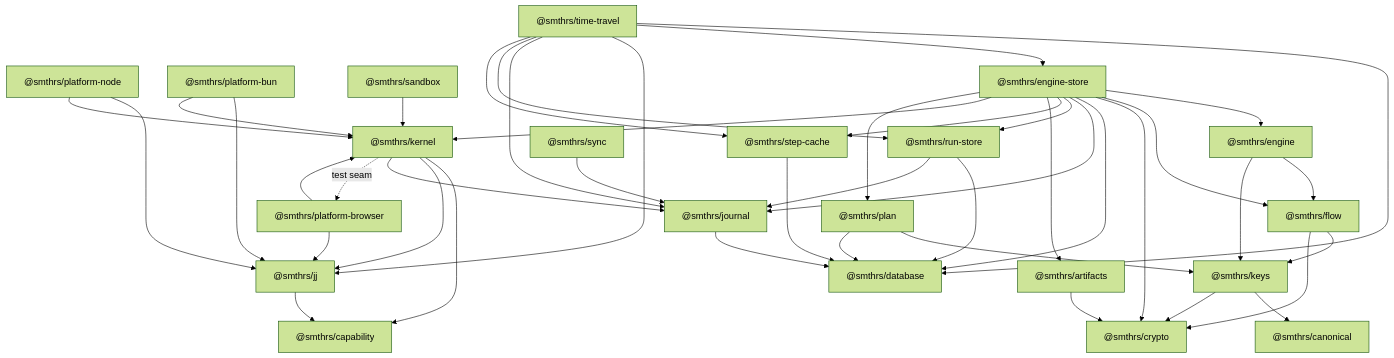
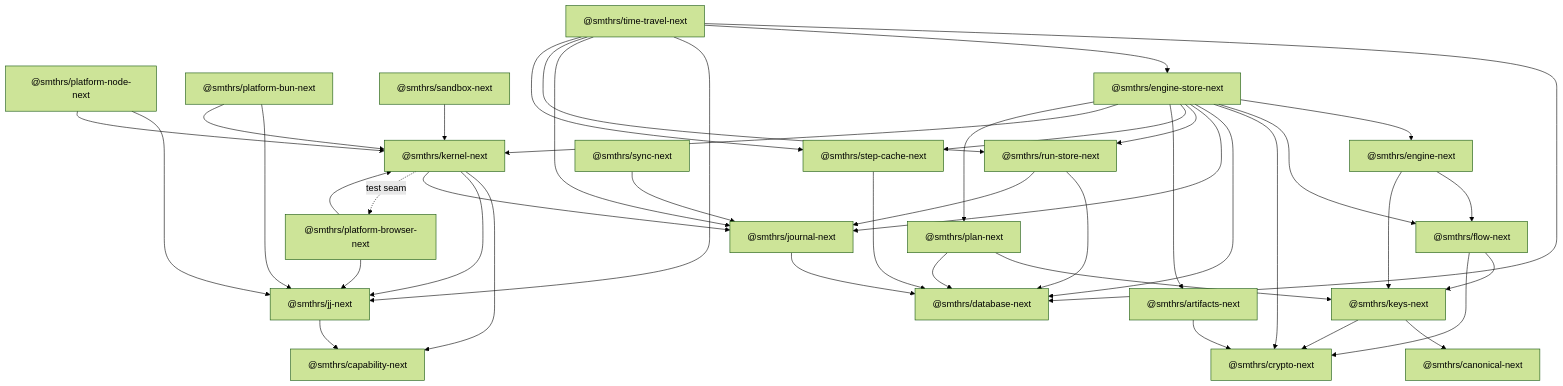
The diagram in docs/architecture/package-map.md (smithersai/flows), drawn with Mermaid (forest theme) before and after one commit. The commit also changed other lines of this file and 519 other files, not shown here.

First line of the commit message:
🚚 refactor(packages): rename @smthrs/* to temporary @smthrs/*-next

````diff
--- a/docs/architecture/package-map.md
+++ b/docs/architecture/package-map.md
@@ -7,55 +7,55 @@
 ```mermaid
 flowchart TD
-  PN["@smthrs/platform-node"]
-  PBUN["@smthrs/platform-bun"]
-  JJ["@smthrs/jj"]
-  SB["@smthrs/sandbox"]
-  PB["@smthrs/platform-browser"]
-  D["@smthrs/database"]
-  C["@smthrs/canonical"]
-  Crypto["@smthrs/crypto"]
-  CAP["@smthrs/capability"]
+  PN["@smthrs/platform-node-next"]
+  PBUN["@smthrs/platform-bun-next"]
+  JJ["@smthrs/jj-next"]
+  SB["@smthrs/sandbox-next"]
+  PB["@smthrs/platform-browser-next"]
+  D["@smthrs/database-next"]
+  C["@smthrs/canonical-next"]
+  Crypto["@smthrs/crypto-next"]
+  CAP["@smthrs/capability-next"]
 
-  J["@smthrs/journal"] --> D
-  RS["@smthrs/run-store"] --> D
+  J["@smthrs/journal-next"] --> D
+  RS["@smthrs/run-store-next"] --> D
   RS --> J
-  SC["@smthrs/step-cache"] --> D
-  A["@smthrs/artifacts"] --> Crypto
+  SC["@smthrs/step-cache-next"] --> D
+  A["@smthrs/artifacts-next"] --> Crypto
   PB --> JJ
   PB --> K
   PN --> JJ
   PN --> K
   PBUN --> JJ
   PBUN --> K
   SB --> K
-  K["@smthrs/kernel"] --> CAP
+  K["@smthrs/kernel-next"] --> CAP
   K --> JJ
   K --> J
   K -.test seam.-> PB
   JJ --> CAP
-  F["@smthrs/flow"] --> Keys["@smthrs/keys"]
+  F["@smthrs/flow-next"] --> Keys["@smthrs/keys-next"]
   F --> Crypto
-  W["@smthrs/engine"] --> F
+  W["@smthrs/engine-next"] --> F
   W --> Keys
   Keys --> C
   Keys --> Crypto
-  P["@smthrs/plan"] --> Keys
+  P["@smthrs/plan-next"] --> Keys
   P --> D
-  E["@smthrs/engine-store"] --> W
+  E["@smthrs/engine-store-next"] --> W
   E --> F
   E --> Crypto
   E --> D
   E --> J
   E --> RS
   E --> SC
   E --> A
   E --> K
   E --> P
-  S["@smthrs/sync"] --> J
-  T["@smthrs/time-travel"] --> D
+  S["@smthrs/sync-next"] --> J
+  T["@smthrs/time-travel-next"] --> D
   T --> E
   T --> JJ
   T --> J
   T --> RS
   T --> SC
 ```
````
